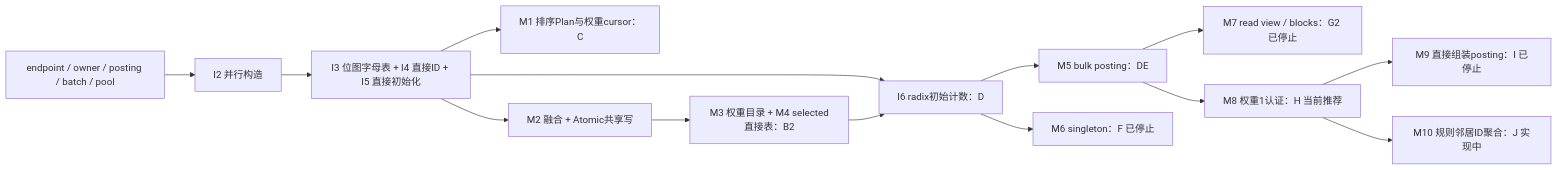
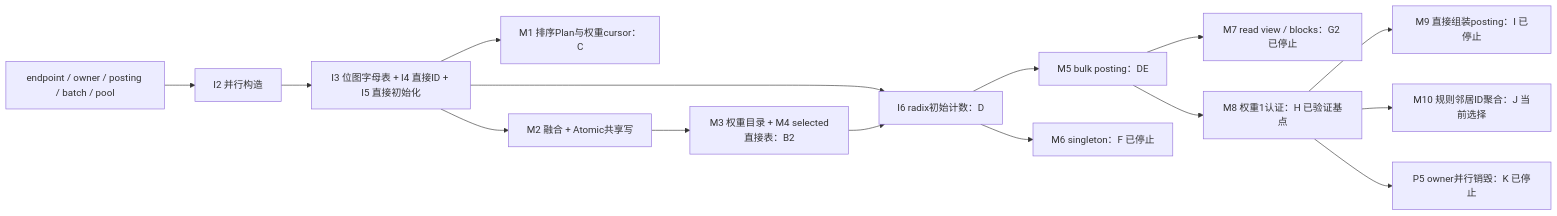
One commit to Yikai-Liao/tokenizers changed the diagram in benchmarks/hf-bpe/OPTIMIZATION_CATALOG.md. Above: the diagram before and after it, drawn with Mermaid. The commit also changed other lines of this file and 16 other files, not shown here.

````diff
--- a/benchmarks/hf-bpe/OPTIMIZATION_CATALOG.md
+++ b/benchmarks/hf-bpe/OPTIMIZATION_CATALOG.md
@@ -65,16 +67,17 @@
 ```mermaid
 flowchart LR
   Core[endpoint / owner / posting / batch / pool] --> A[I2 并行构造]
   A --> C[I3 位图字母表 + I4 直接ID + I5 直接初始化]
   C --> Old[M1 排序Plan与权重cursor：C]
   C --> Fused[M2 融合 + Atomic共享写]
   Fused --> Lookup[M3 权重目录 + M4 selected直接表：B2]
   C --> Count[I6 radix初始计数：D]
   Lookup --> Count
   Count --> Bulk[M5 bulk posting：DE]
   Count --> Singleton[M6 singleton：F 已停止]
   Bulk --> Views[M7 read view / blocks：G2 已停止]
-  Bulk --> Weight[M8 权重1认证：H 当前推荐]
+  Bulk --> Weight[M8 权重1认证：H 已验证基点]
   Weight --> Commit[M9 直接组装posting：I 已停止]
-  Weight --> Aggregate[M10 规则邻居ID聚合：J 实现中]
+  Weight --> Aggregate[M10 规则邻居ID聚合：J 当前选择]
+  Weight --> Drop[P5 owner并行销毁：K 已停止]
 ```
````
